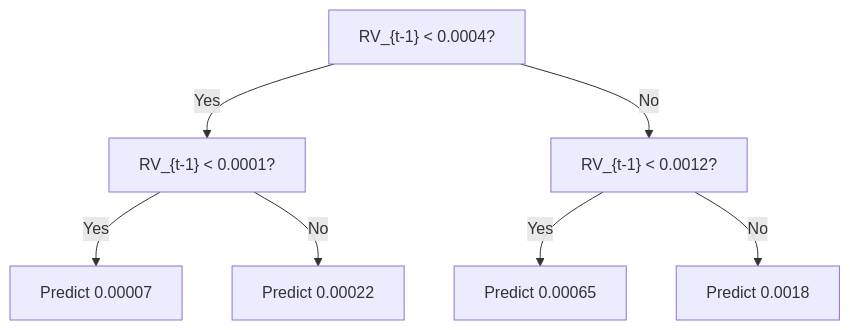
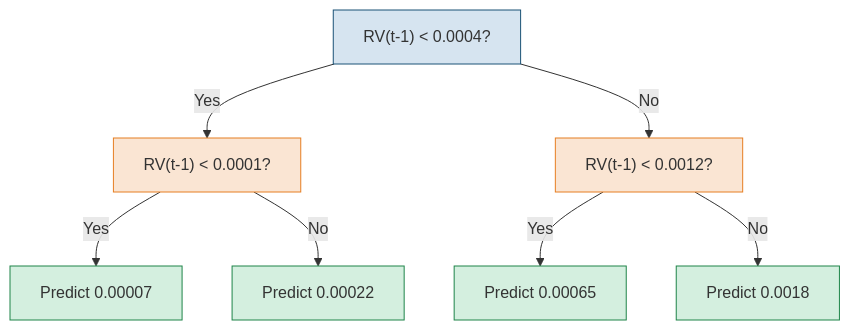
Before and after one commit to xRyann2255/ML-GS: the second of 4 diagrams in vol-learning-guide/markdown/ch11-tree-methods-vol.md, drawn with Mermaid. The commit also changed other lines of this file and 10 other files, not shown here.

Commit message:
docs(vol-guide): regenerate markdown mirrors after diagram audit (ch10 taxonomy + ch03 decision-tree semantic; 9 re-layout refreshes)

````diff
--- a/vol-learning-guide/markdown/ch11-tree-methods-vol.md
+++ b/vol-learning-guide/markdown/ch11-tree-methods-vol.md
@@ -366,10 +387,22 @@
 ```mermaid
 flowchart TD
-    ROOT["RV_{t-1} < 0.0004?"]
-    ROOT -->|Yes| L1["RV_{t-1} < 0.0001?"]
-    ROOT -->|No| R1["RV_{t-1} < 0.0012?"]
-    L1 -->|Yes| LL["Predict 0.00007"]
-    L1 -->|No| LR["Predict 0.00022"]
-    R1 -->|Yes| RL["Predict 0.00065"]
-    R1 -->|No| RR["Predict 0.0018"]
+    root["RV(t-1) &lt; 0.0004?"]
+    n1["RV(t-1) &lt; 0.0001?"]
+    n2["RV(t-1) &lt; 0.0012?"]
+    l1["Predict 0.00007"]
+    l2["Predict 0.00022"]
+    l3["Predict 0.00065"]
+    l4["Predict 0.0018"]
+    root -- Yes --> n1
+    root -- No --> n2
+    n1 -- Yes --> l1
+    n1 -- No --> l2
+    n2 -- Yes --> l3
+    n2 -- No --> l4
+    classDef split fill:#d6e4f0,stroke:#1a5276;
+    classDef mid fill:#fae5d3,stroke:#e67e22;
+    classDef leaf fill:#d4efdf,stroke:#1e8449;
+    class root split;
+    class n1,n2 mid;
+    class l1,l2,l3,l4 leaf;
 ```
````
